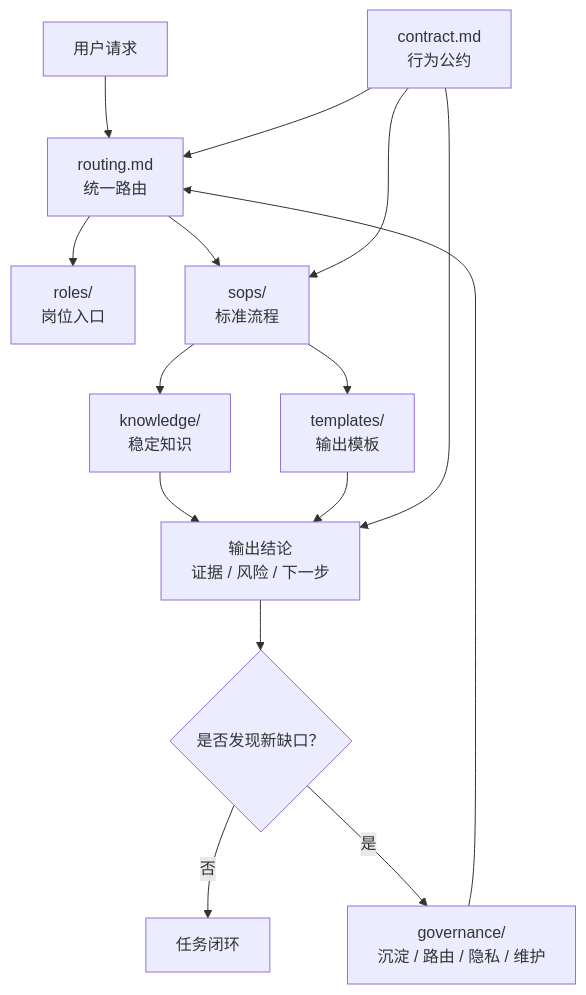
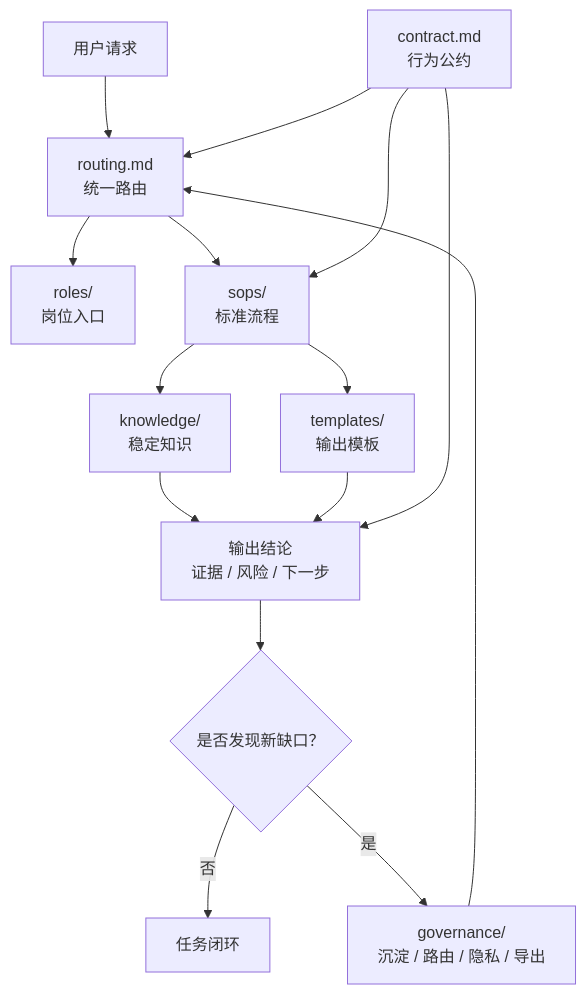
The diagram in README.md (sprohter/agents-sop-starter), drawn with Mermaid before and after one commit. The commit also changed other lines of this file and 9 other files, not shown here.

````diff
--- a/README.md
+++ b/README.md
@@ -25,17 +25,17 @@
 ```mermaid
 flowchart TD
     A["用户请求"] --> B["routing.md<br/>统一路由"]
     B --> C["roles/<br/>岗位入口"]
     B --> D["sops/<br/>标准流程"]
     D --> E["knowledge/<br/>稳定知识"]
     D --> F["templates/<br/>输出模板"]
     E --> G["输出结论<br/>证据 / 风险 / 下一步"]
     F --> G
     G --> H{"是否发现新缺口？"}
     H -- "否" --> I["任务闭环"]
-    H -- "是" --> J["governance/<br/>沉淀 / 路由 / 隐私 / 维护"]
+    H -- "是" --> J["governance/<br/>沉淀 / 路由 / 隐私 / 导出"]
     J --> B
     K["contract.md<br/>行为公约"] --> B
     K --> D
     K --> G
 ```
````
